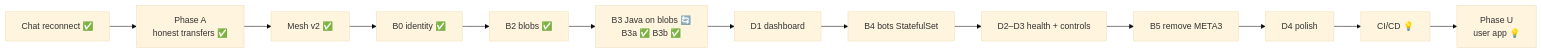
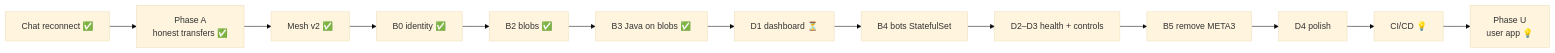
Before and after one commit to shobhit157/Aperture: the diagram in docs/roadmap.md, drawn with Mermaid (base theme). The commit also changed other lines of this file, not shown here.

````diff
--- a/docs/roadmap.md
+++ b/docs/roadmap.md
@@ -10,4 +10,4 @@
 ```mermaid
 flowchart LR
-  R[Chat reconnect ✅] --> A[Phase A<br/>honest transfers ✅] --> M[Mesh v2 ✅] --> B0[B0 identity ✅] --> B2[B2 blobs ✅] --> B3[B3 Java on blobs 🔄<br/>B3a ✅ B3b ✅] --> D1[D1 dashboard] --> B4[B4 bots StatefulSet] --> D23[D2–D3 health + controls] --> B5[B5 remove META3] --> D4[D4 polish] --> CI[CI/CD 💡] --> U[Phase U<br/>user app 💡]
+  R[Chat reconnect ✅] --> A[Phase A<br/>honest transfers ✅] --> M[Mesh v2 ✅] --> B0[B0 identity ✅] --> B2[B2 blobs ✅] --> B3[B3 Java on blobs ✅] --> D1[D1 dashboard ⏳] --> B4[B4 bots StatefulSet] --> D23[D2–D3 health + controls] --> B5[B5 remove META3] --> D4[D4 polish] --> CI[CI/CD 💡] --> U[Phase U<br/>user app 💡]
 ```
````
